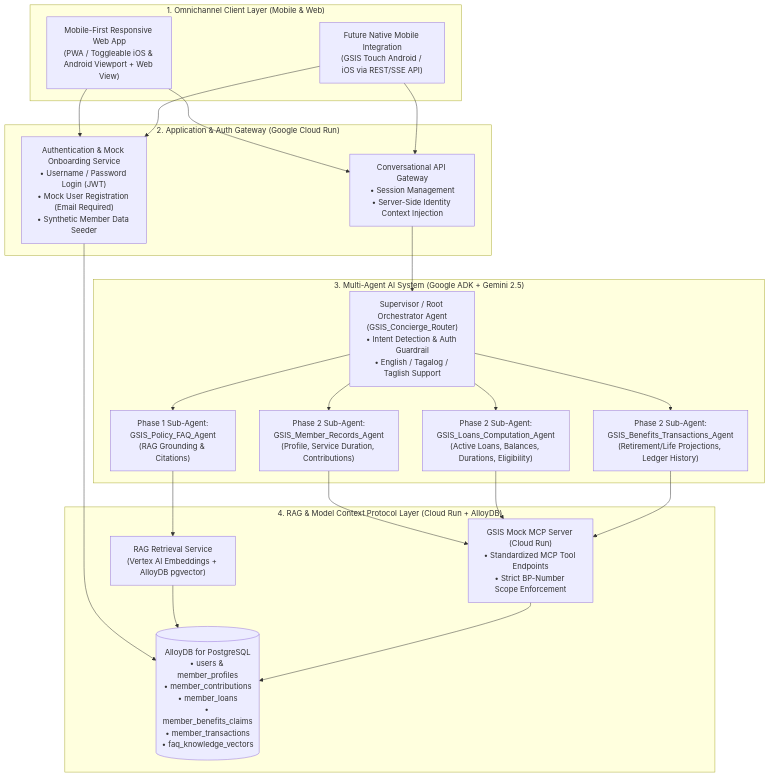
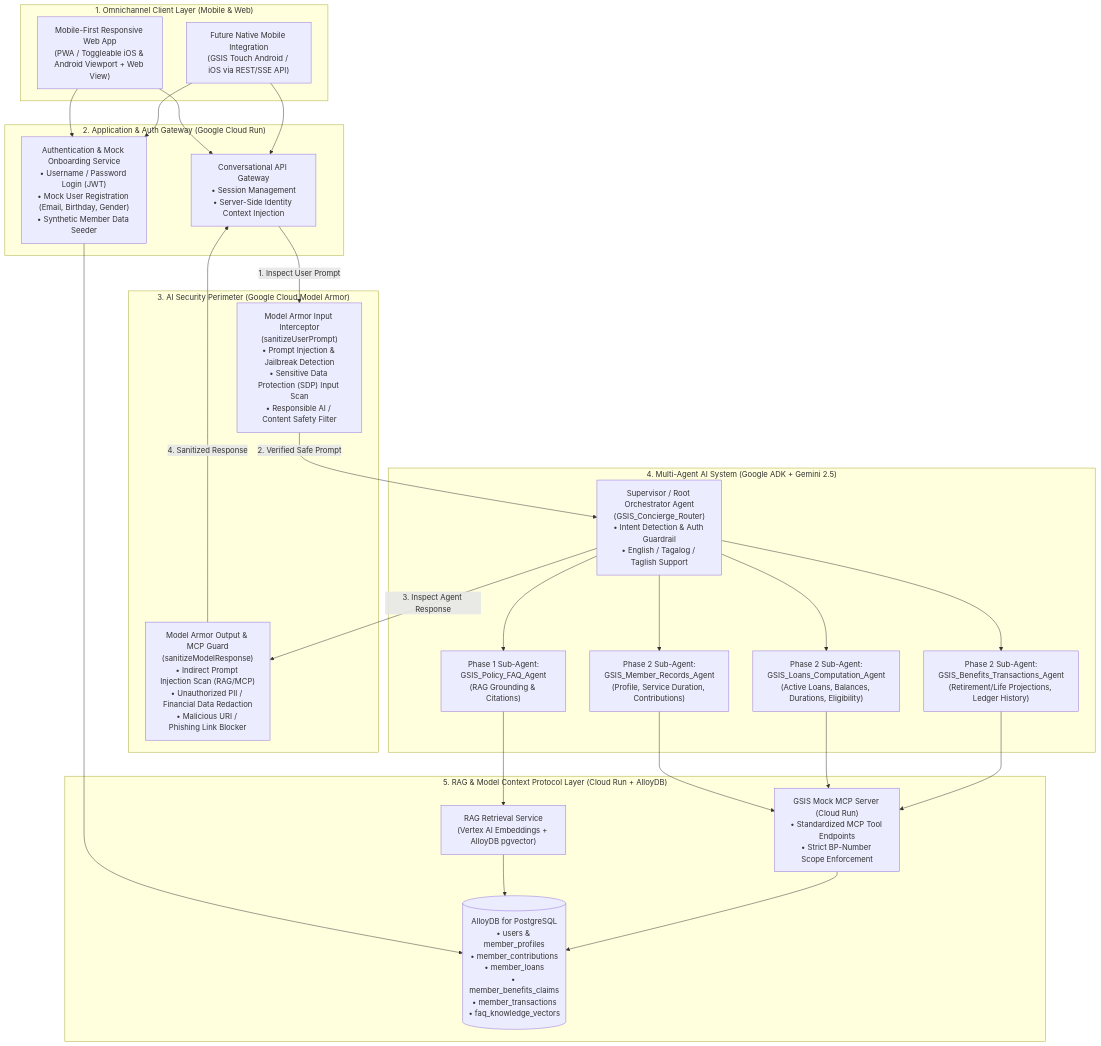
Before and after one commit to markea/gsis-chatbot-demo-2026: the second of 3 diagrams in 01_BRD_GSIS_OMNICHANNEL_AI_CHATBOT.md, drawn with Mermaid. The commit also changed other lines of this file, not shown here.

Commit message:
docs(brd): integrate Google Cloud Model Armor inline security guardrails across Multi-Agent architecture

````diff
--- a/01_BRD_GSIS_OMNICHANNEL_AI_CHATBOT.md
+++ b/01_BRD_GSIS_OMNICHANNEL_AI_CHATBOT.md
@@ -154,34 +158,42 @@
 ```mermaid
 flowchart TB
     subgraph ClientLayer["1. Omnichannel Client Layer (Mobile & Web)"]
         WebUI["Mobile-First Responsive Web App\n(PWA / Toggleable iOS & Android Viewport + Web View)"]
         NativeApp["Future Native Mobile Integration\n(GSIS Touch Android / iOS via REST/SSE API)"]
     end
 
     subgraph CloudRunApp["2. Application & Auth Gateway (Google Cloud Run)"]
-        AuthSvc["Authentication & Mock Onboarding Service\n• Username / Password Login (JWT)\n• Mock User Registration (Email Required)\n• Synthetic Member Data Seeder"]
+        AuthSvc["Authentication & Mock Onboarding Service\n• Username / Password Login (JWT)\n• Mock User Registration (Email, Birthday, Gender)\n• Synthetic Member Data Seeder"]
         ChatAPI["Conversational API Gateway\n• Session Management\n• Server-Side Identity Context Injection"]
     end
 
-    subgraph MultiAgentCore["3. Multi-Agent AI System (Google ADK + Gemini 2.5)"]
+    subgraph ModelArmorLayer["3. AI Security Perimeter (Google Cloud Model Armor)"]
+        MA_In["Model Armor Input Interceptor\n(sanitizeUserPrompt)\n• Prompt Injection & Jailbreak Detection\n• Sensitive Data Protection (SDP) Input Scan\n• Responsible AI / Content Safety Filter"]
+        MA_Out["Model Armor Output & MCP Guard\n(sanitizeModelResponse)\n• Indirect Prompt Injection Scan (RAG/MCP)\n• Unauthorized PII / Financial Data Redaction\n• Malicious URI / Phishing Link Blocker"]
+    end
+
+    subgraph MultiAgentCore["4. Multi-Agent AI System (Google ADK + Gemini 2.5)"]
         Supervisor["Supervisor / Root Orchestrator Agent\n(GSIS_Concierge_Router)\n• Intent Detection & Auth Guardrail\n• English / Tagalog / Taglish Support"]
         FAQAgent["Phase 1 Sub-Agent:\nGSIS_Policy_FAQ_Agent\n(RAG Grounding & Citations)"]
         ContribAgent["Phase 2 Sub-Agent:\nGSIS_Member_Records_Agent\n(Profile, Service Duration, Contributions)"]
         LoanAgent["Phase 2 Sub-Agent:\nGSIS_Loans_Computation_Agent\n(Active Loans, Balances, Durations, Eligibility)"]
         BenefitAgent["Phase 2 Sub-Agent:\nGSIS_Benefits_Transactions_Agent\n(Retirement/Life Projections, Ledger History)"]
     end
 
-    subgraph DataAndMCP["4. RAG & Model Context Protocol Layer (Cloud Run + AlloyDB)"]
+    subgraph DataAndMCP["5. RAG & Model Context Protocol Layer (Cloud Run + AlloyDB)"]
         RAGEngine["RAG Retrieval Service\n(Vertex AI Embeddings + AlloyDB pgvector)"]
         MCPServer["GSIS Mock MCP Server (Cloud Run)\n• Standardized MCP Tool Endpoints\n• Strict BP-Number Scope Enforcement"]
         AlloyDB[("AlloyDB for PostgreSQL\n• users & member_profiles\n• member_contributions\n• member_loans\n• member_benefits_claims\n• member_transactions\n• faq_knowledge_vectors")]
     end
 
     WebUI & NativeApp --> AuthSvc & ChatAPI
     AuthSvc --> AlloyDB
-    ChatAPI --> Supervisor
+    ChatAPI -->|"1. Inspect User Prompt"| MA_In
+    MA_In -->|"2. Verified Safe Prompt"| Supervisor
     Supervisor --> FAQAgent
     Supervisor --> ContribAgent & LoanAgent & BenefitAgent
     FAQAgent --> RAGEngine --> AlloyDB
     ContribAgent & LoanAgent & BenefitAgent --> MCPServer --> AlloyDB
+    Supervisor -->|"3. Inspect Agent Response"| MA_Out
+    MA_Out -->|"4. Sanitized Response"| ChatAPI
 ```
````
